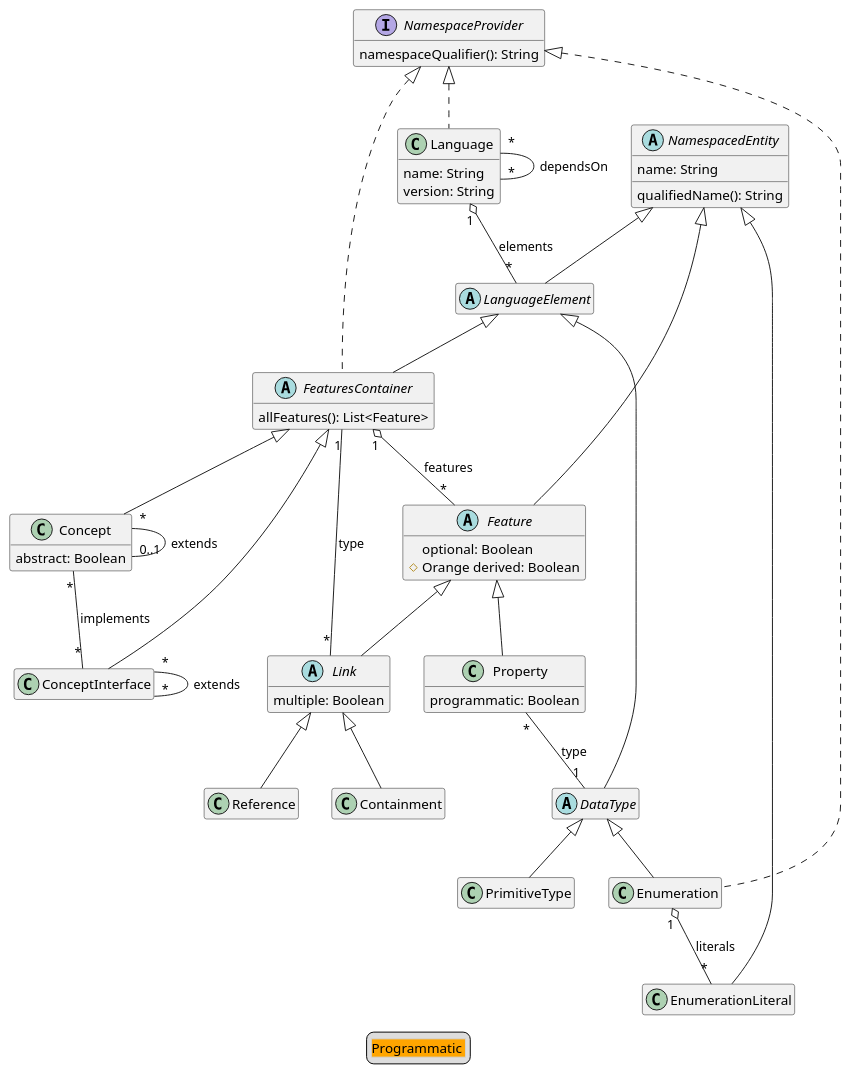
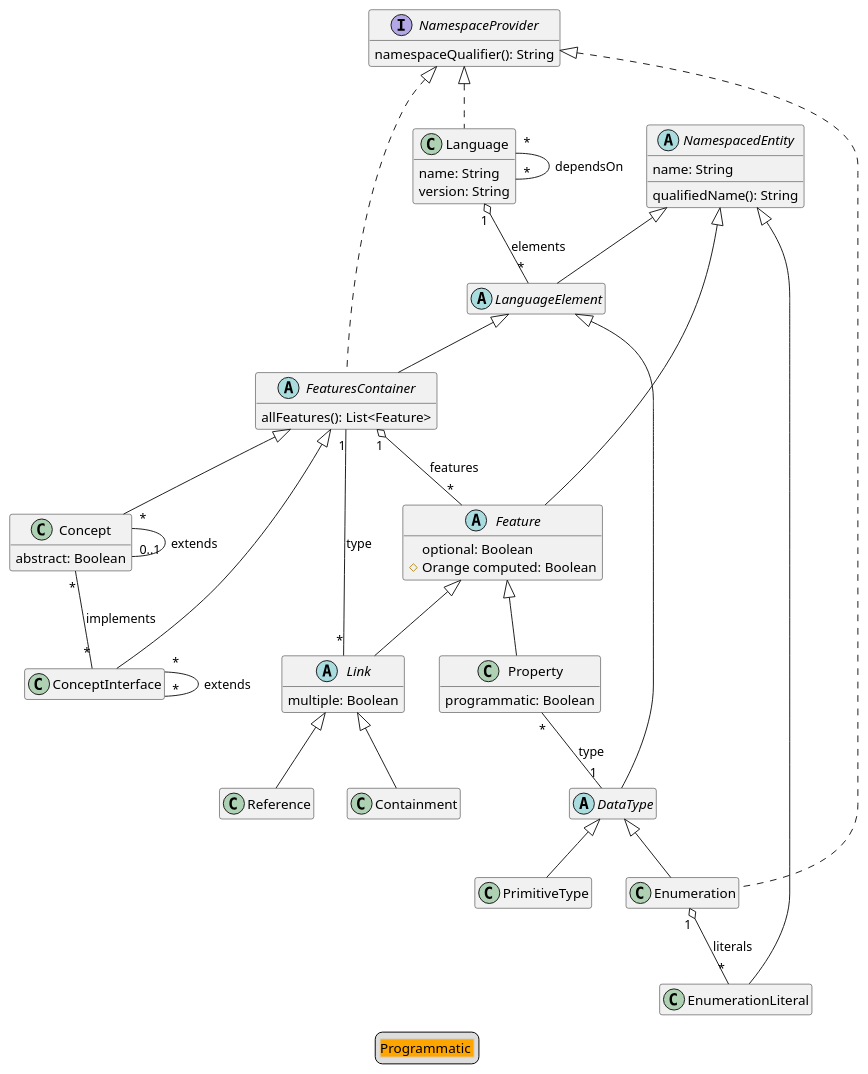
One commit to LionWeb-io/lionweb-typescript changed the diagram in diagrams/metametamodel-gen.puml. Above: the diagram before and after it, drawn with PlantUML. The commit also changed 16 other files, not shown here.

Commit message:
Feature.derived -> .computed

```diff
--- a/diagrams/metametamodel-gen.puml
+++ b/diagrams/metametamodel-gen.puml
@@ -1,84 +1,84 @@
 @startuml
 hide empty members
 
 ' qualified name: "LIonCore.M3"
 
 
 class Concept extends FeaturesContainer {
   abstract: Boolean
 }
 
 class ConceptInterface extends FeaturesContainer
 
 class Containment extends Link
 
 abstract class DataType extends LanguageElement
 
 class Enumeration extends DataType implements NamespaceProvider
 
 class EnumerationLiteral extends NamespacedEntity
 
 abstract class Feature extends NamespacedEntity {
   optional: Boolean
-  #Orange derived: Boolean
+  #Orange computed: Boolean
 }
 
 abstract class FeaturesContainer extends LanguageElement implements NamespaceProvider {
   allFeatures(): List<Feature>
 }
 
 class Language implements NamespaceProvider {
   name: String
   version: String
 }
 
 abstract class LanguageElement extends NamespacedEntity
 
 abstract class Link extends Feature {
   multiple: Boolean
 }
 
 interface NamespaceProvider {
   namespaceQualifier(): String
 }
 
 abstract class NamespacedEntity {
   name: String
   qualifiedName(): String
 }
 
 class PrimitiveType extends DataType
 
 class Property extends Feature {
   programmatic: Boolean
 }
 
 class Reference extends Link
 
 
 
 ' relations:
 
 Concept "*" -- "0..1" Concept: extends
 Concept "*" -- "*" ConceptInterface: implements
 ConceptInterface "*" -- "*" ConceptInterface: extends
 
 
 Enumeration "1" o-- "*" EnumerationLiteral: literals
 
 
 FeaturesContainer "1" o-- "*" Feature: features
 Language "1" o-- "*" LanguageElement: elements
 Language "*" -- "*" Language: dependsOn
 
 Link "*" -- "1" FeaturesContainer: type
 
 
 
 Property "*" -- "1" DataType: type
 
 
 legend
   <#LightGray,#LightGray>| <#Orange>Programmatic |
 end legend
 @enduml
```
